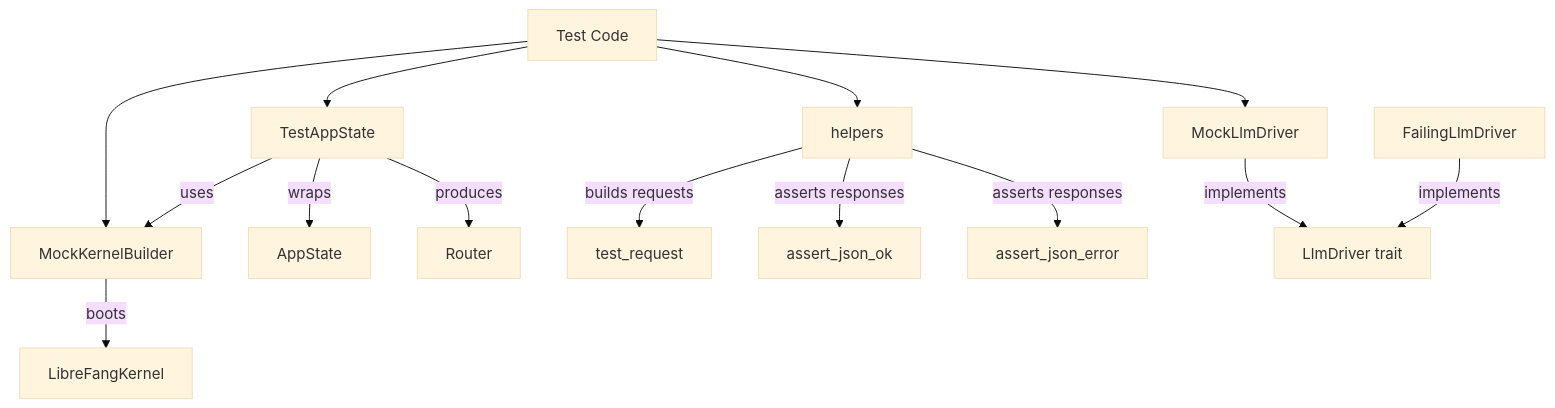
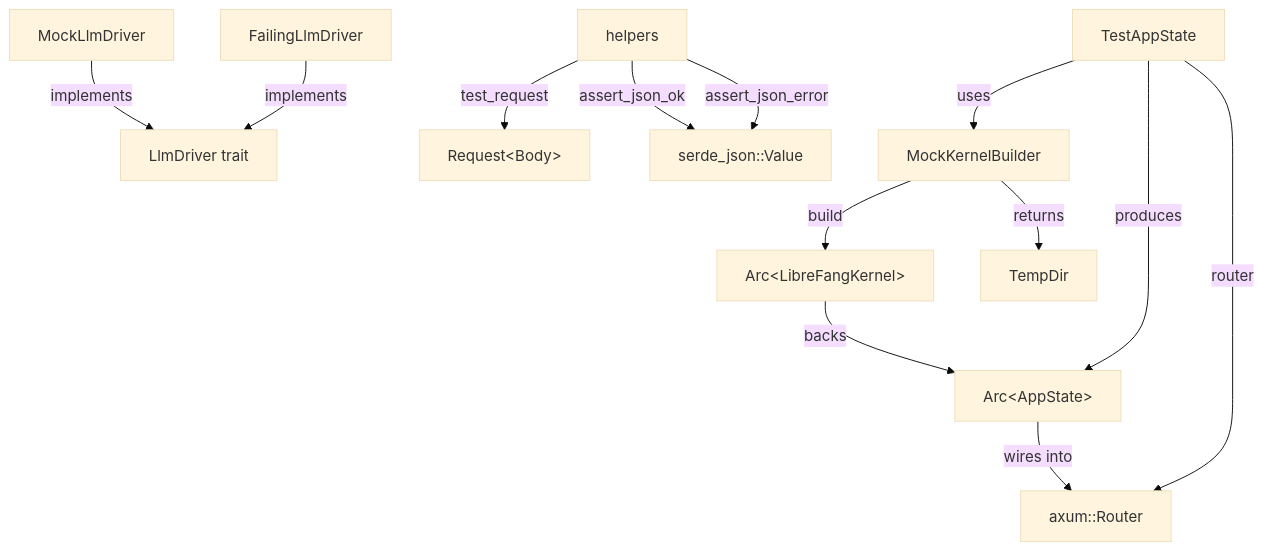
Before and after one commit to leszek3737/librefang-WIki: the diagram in testing-framework.md, drawn with Mermaid (base theme). The commit also changed other lines of this file and 70 other files, not shown here.

````diff
--- a/testing-framework.md
+++ b/testing-framework.md
@@ -9,19 +9,15 @@
 ```mermaid
 graph TD
-    TC[Test Code] --> TA[TestAppState]
-    TC --> MKB[MockKernelBuilder]
-    TC --> MD[MockLlmDriver]
-    TC --> H[helpers]
-
-    TA -->|uses| MKB
-    MKB -->|boots| K[LibreFangKernel]
-    TA -->|wraps| AS[AppState]
-    TA -->|produces| R[Router]
-
-    H -->|builds requests| TR[test_request]
-    H -->|asserts responses| AJO[assert_json_ok]
-    H -->|asserts responses| AJE[assert_json_error]
-
-    MD -->|implements| LLM[LlmDriver trait]
-    FLD[FailingLlmDriver] -->|implements| LLM
+    TK["MockKernelBuilder"] -->|build| K["Arc&lt;LibreFangKernel&gt;"]
+    TK -->|returns| TD["TempDir"]
+    TA["TestAppState"] -->|uses| TK
+    TA -->|produces| AS["Arc&lt;AppState&gt;"]
+    TA -->|router| R["axum::Router"]
+    ML["MockLlmDriver"] -->|implements| LD["LlmDriver trait"]
+    FL["FailingLlmDriver"] -->|implements| LD
+    H["helpers"] -->|test_request| REQ["Request&lt;Body&gt;"]
+    H -->|assert_json_ok| VAL["serde_json::Value"]
+    H -->|assert_json_error| VAL
+    AS -->|wires into| R
+    K -->|backs| AS
 ```
````
